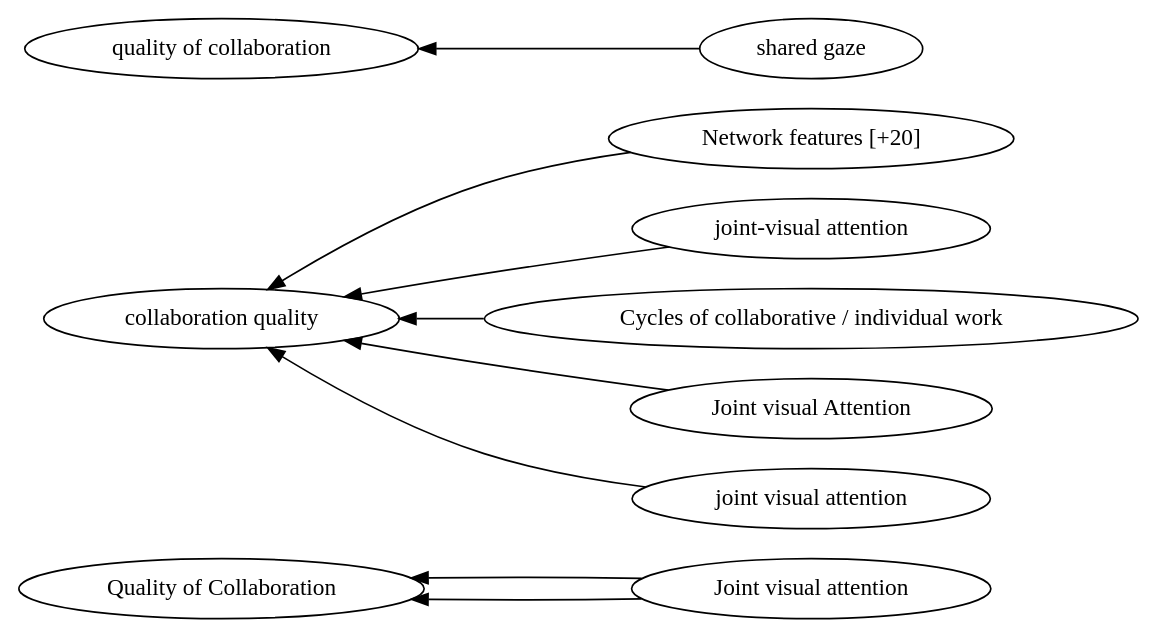
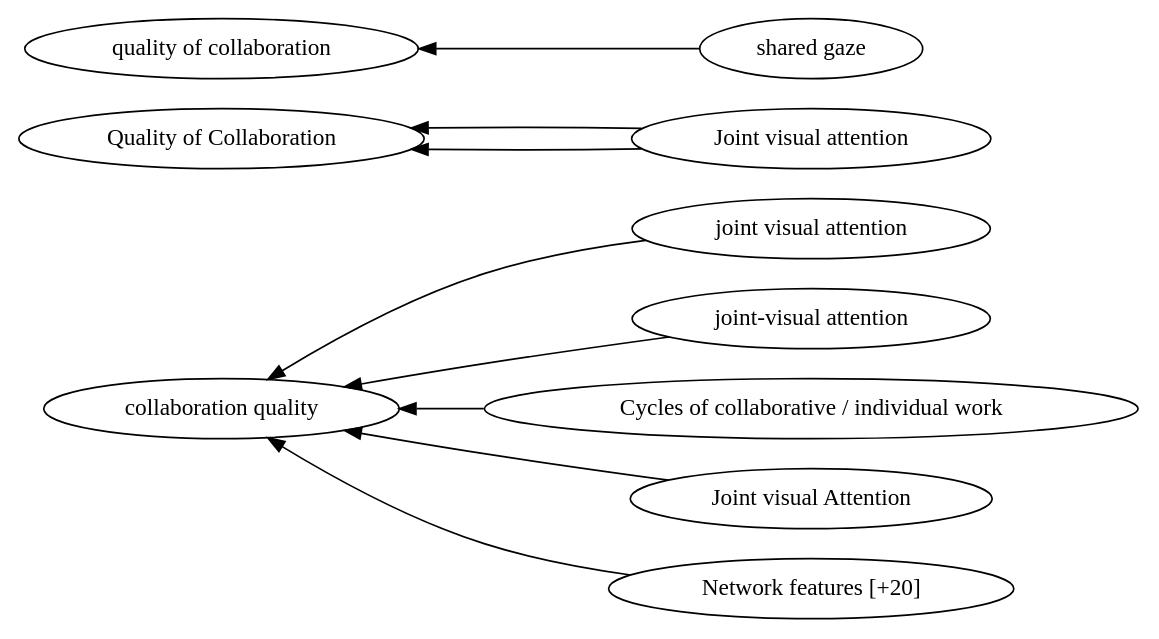
One commit to hgse-schneider/mmca changed the diagram in graphviz/Gaze -> communication.gv. Above: the diagram before and after it, drawn with Graphviz. The commit also changed 46 other files, not shown here.

```diff
--- a/graphviz/Gaze -> communication.gv
+++ b/graphviz/Gaze -> communication.gv
@@ -1,24 +1,24 @@
 digraph Test {
 	rankdir=RL
 	size="10,10"
 	overlap=false
 	splines=true
-	{rank=same; "Joint visual attention" "Network features [+20]" "shared gaze" "joint-visual attention" "Cycles of collaborative / individual work" "Joint visual Attention" "joint visual attention";}
-	{rank=same; "Quality of Collaboration" "collaboration quality" "quality of collaboration";}
-	"Joint visual attention" [href="https://scholar.google.com/scholar?hl=en&q=Using%20Eye-Tracking%20Technology%20to%20Support%20Visual%20Coordination%20in%20Collaborative%20Problem-Solving%20Groups"]
+	{rank=same; "joint visual attention" "joint-visual attention" "Cycles of collaborative / individual work" "Joint visual attention" "shared gaze" "Joint visual Attention" "Network features [+20]";}
+	{rank=same; "collaboration quality" "Quality of Collaboration" "quality of collaboration";}
+	"Joint visual attention" [href="https://scholar.google.com/scholar?hl=en&q=Using%20Eye-Tracking%20Technology%20to%20Support%20Visual%20Coordination%20in%20Collaborative%20Problem-Solving%20Groups" target=_blank]
 	"Joint visual attention" -> "Quality of Collaboration"
-	"Joint visual attention" [href="https://scholar.google.com/scholar?hl=en&q=The%20Effect%20of%20Mutual%20Gaze%20Perception%20on%20Students’%20Verbal%20Coordination"]
+	"Joint visual attention" [href="https://scholar.google.com/scholar?hl=en&q=The%20Effect%20of%20Mutual%20Gaze%20Perception%20on%20Students’%20Verbal%20Coordination" target=_blank]
 	"Joint visual attention" -> "Quality of Collaboration"
-	"Joint visual Attention" [href="https://scholar.google.com/scholar?hl=en&q=Leveraging%20Mobile%20Eye-Trackers%20to%20Capture%20Joint%20Visual%20Attention%20in%20Co-Located%20Collaborative%20Learning"]
+	"Joint visual Attention" [href="https://scholar.google.com/scholar?hl=en&q=Leveraging%20Mobile%20Eye-Trackers%20to%20Capture%20Joint%20Visual%20Attention%20in%20Co-Located%20Collaborative%20Learning" target=_blank]
 	"Joint visual Attention" -> "collaboration quality"
-	"Cycles of collaborative / individual work" [href="https://scholar.google.com/scholar?hl=en&q=Leveraging%20Mobile%20Eye-Trackers%20to%20Capture%20Joint%20Visual%20Attention%20in%20Co-Located%20Collaborative%20Learning"]
+	"Cycles of collaborative / individual work" [href="https://scholar.google.com/scholar?hl=en&q=Leveraging%20Mobile%20Eye-Trackers%20to%20Capture%20Joint%20Visual%20Attention%20in%20Co-Located%20Collaborative%20Learning" target=_blank]
 	"Cycles of collaborative / individual work" -> "collaboration quality"
-	"Network features [+20]" [href="https://scholar.google.com/scholar?hl=en&q=Toward%20Collaboration%20Sensing"]
+	"Network features [+20]" [href="https://scholar.google.com/scholar?hl=en&q=Toward%20Collaboration%20Sensing" target=_blank]
 	"Network features [+20]" -> "collaboration quality"
-	"joint-visual attention" [href="https://scholar.google.com/scholar?hl=en&q=Unpacking%20Collaborative%20Learning%20Processes%20during%20Hands-on%20Activities%20using%20Mobile%20Eye-Trackers"]
+	"joint-visual attention" [href="https://scholar.google.com/scholar?hl=en&q=Unpacking%20Collaborative%20Learning%20Processes%20during%20Hands-on%20Activities%20using%20Mobile%20Eye-Trackers" target=_blank]
 	"joint-visual attention" -> "collaboration quality"
-	"joint visual attention" [href="https://scholar.google.com/scholar?hl=en&q=3D%20Tangibles%20Facilitate%20Joint%20Visual%20Attention%20in%20Dyads"]
+	"joint visual attention" [href="https://scholar.google.com/scholar?hl=en&q=3D%20Tangibles%20Facilitate%20Joint%20Visual%20Attention%20in%20Dyads" target=_blank]
 	"joint visual attention" -> "collaboration quality"
-	"shared gaze" [href="https://scholar.google.com/scholar?hl=en&q=Effects%20of%20Shared%20Gaze%20on%20Audio-%20Versus%20Text-Based%20Remote%20Collaborations"]
+	"shared gaze" [href="https://scholar.google.com/scholar?hl=en&q=Effects%20of%20Shared%20Gaze%20on%20Audio-%20Versus%20Text-Based%20Remote%20Collaborations" target=_blank]
 	"shared gaze" -> "quality of collaboration"
 }
```
